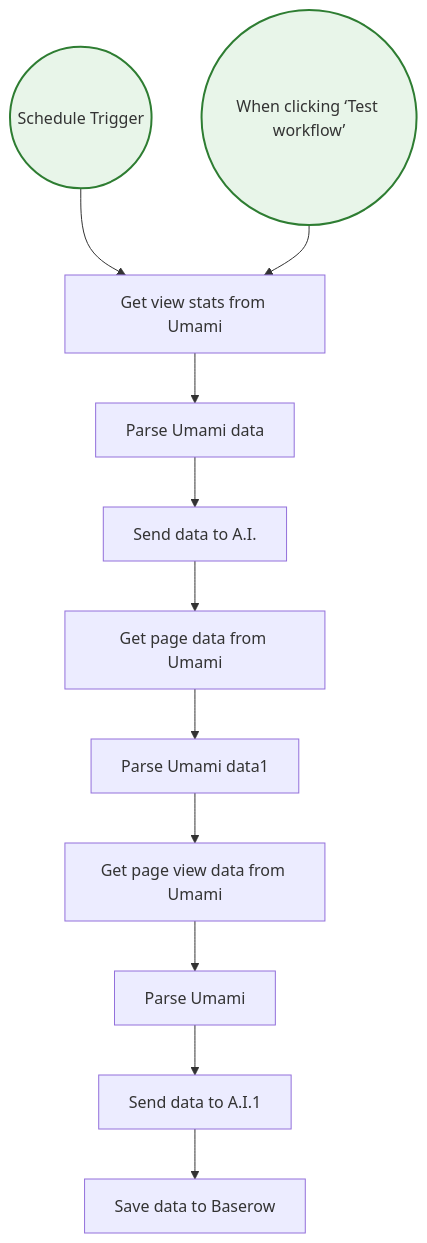
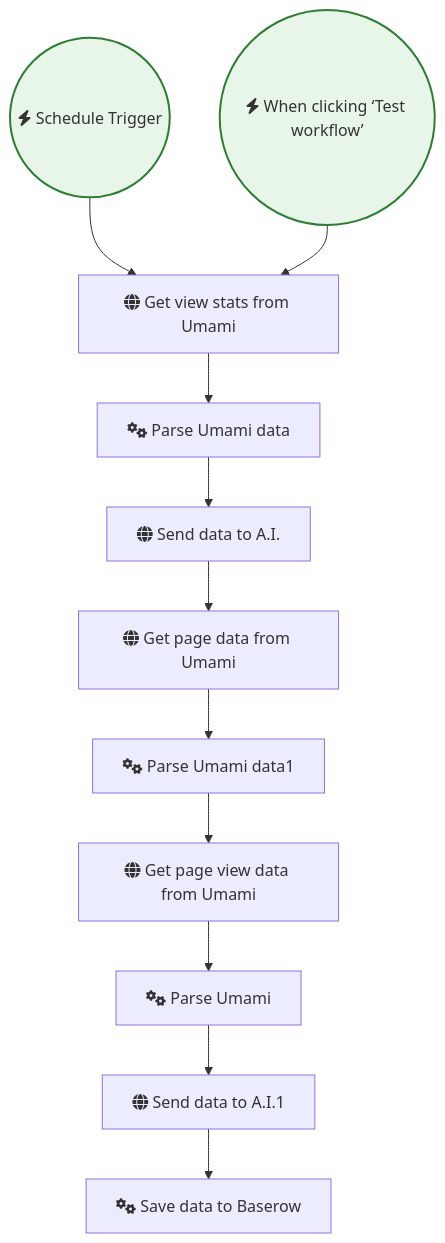
One commit to sreyash3105/N8N-DEMO-AUTOMATIONS changed the diagram in AI_Research_RAG_and_Data_Analysis/Umami Analytics Template.md. Above: the diagram before and after it, drawn with Mermaid. The commit also changed 291 other files, not shown here.

````diff
--- a/AI_Research_RAG_and_Data_Analysis/Umami Analytics Template.md
+++ b/AI_Research_RAG_and_Data_Analysis/Umami Analytics Template.md
@@ -1,29 +1,29 @@
 ```mermaid
 graph TD
     classDef trigger fill:#e8f5e9,stroke:#2e7d32,stroke-width:2px;
     classDef ai fill:#e3f2fd,stroke:#1565c0,stroke-width:2px;
     classDef logic fill:#fff3e0,stroke:#ef6c00,stroke-width:2px;
 
-    When_clicking__Test_workflow_(("When clicking ‘Test workflow’")):::trigger
-    Schedule_Trigger(("Schedule Trigger")):::trigger
-    Get_view_stats_from_Umami["Get view stats from Umami"]
-    Parse_Umami_data["Parse Umami data"]
-    Send_data_to_A_I_["Send data to A.I."]
-    Get_page_data_from_Umami["Get page data from Umami"]
-    Parse_Umami_data1["Parse Umami data1"]
-    Get_page_view_data_from_Umami["Get page view data from Umami"]
-    Parse_Umami["Parse Umami"]
-    Send_data_to_A_I_1["Send data to A.I.1"]
-    Save_data_to_Baserow["Save data to Baserow"]
+    When_clicking__Test_workflow_(("fas:fa-bolt When clicking ‘Test workflow’")):::trigger
+    Schedule_Trigger(("fas:fa-bolt Schedule Trigger")):::trigger
+    Get_view_stats_from_Umami["fas:fa-globe Get view stats from Umami"]
+    Parse_Umami_data["fas:fa-cogs Parse Umami data"]
+    Send_data_to_A_I_["fas:fa-globe Send data to A.I."]
+    Get_page_data_from_Umami["fas:fa-globe Get page data from Umami"]
+    Parse_Umami_data1["fas:fa-cogs Parse Umami data1"]
+    Get_page_view_data_from_Umami["fas:fa-globe Get page view data from Umami"]
+    Parse_Umami["fas:fa-cogs Parse Umami"]
+    Send_data_to_A_I_1["fas:fa-globe Send data to A.I.1"]
+    Save_data_to_Baserow["fas:fa-cogs Save data to Baserow"]
 
     Parse_Umami --> Send_data_to_A_I_1
     Parse_Umami_data --> Send_data_to_A_I_
     Schedule_Trigger --> Get_view_stats_from_Umami
     Parse_Umami_data1 --> Get_page_view_data_from_Umami
     Send_data_to_A_I_ --> Get_page_data_from_Umami
     Send_data_to_A_I_1 --> Save_data_to_Baserow
     Get_page_data_from_Umami --> Parse_Umami_data1
     Get_view_stats_from_Umami --> Parse_Umami_data
     Get_page_view_data_from_Umami --> Parse_Umami
     When_clicking__Test_workflow_ --> Get_view_stats_from_Umami
 ```
````
